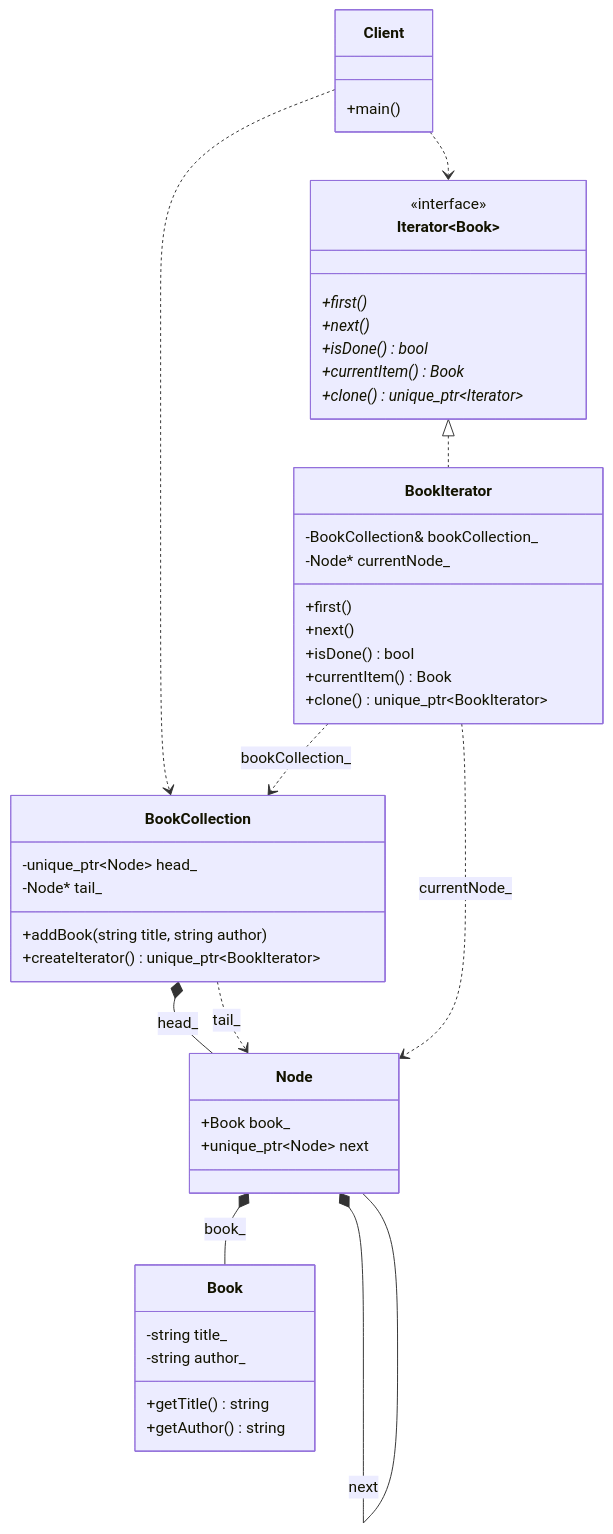
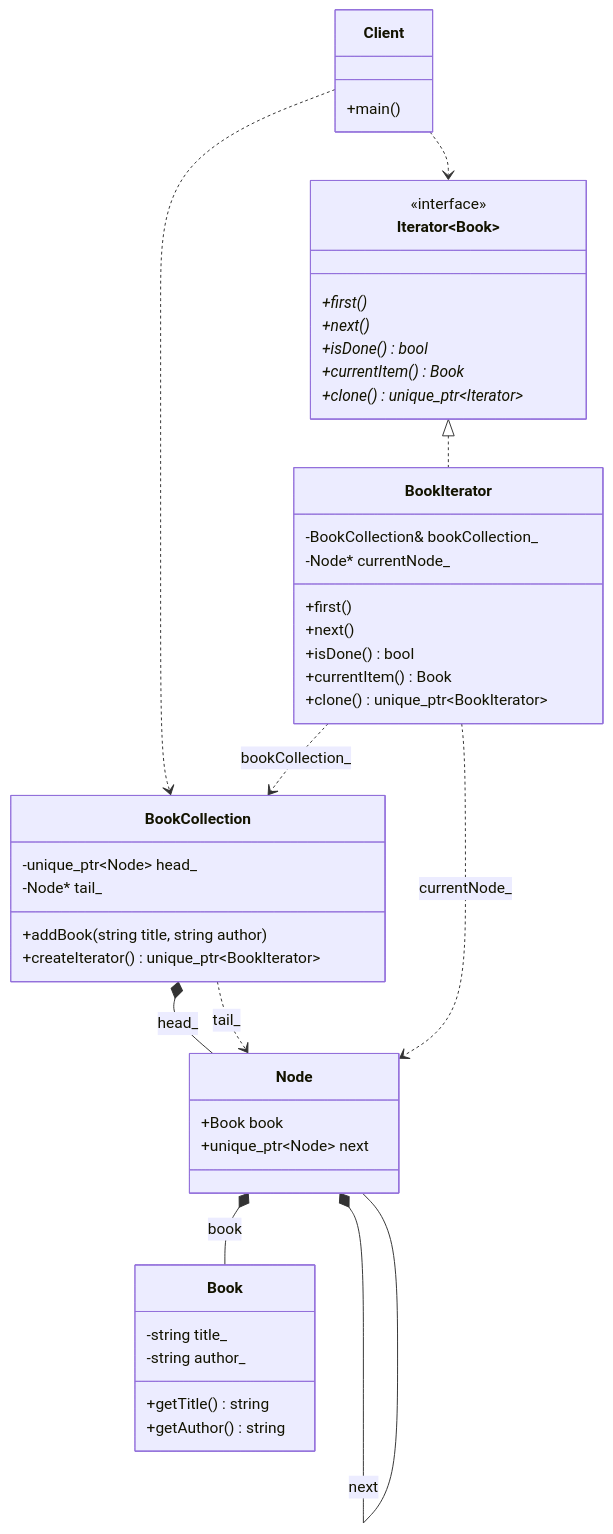
The diagram in 21_Iterator/Iterator_GoF/diagram.md (Cichlidfishexigency721/Modern-CPP-Design-Patterns), drawn with Mermaid before and after one commit. The commit also changed 3 other files, not shown here.

Commit message:
Improvement in UML

````diff
--- a/21_Iterator/Iterator_GoF/diagram.md
+++ b/21_Iterator/Iterator_GoF/diagram.md
@@ -3,57 +3,57 @@
 ```mermaid
 classDiagram
     class Book {
         -string title_
         -string author_
         +getTitle() string
         +getAuthor() string
     }
 
     class Iterator~Book~ {
         <<interface>>
         +first()*
         +next()*
         +isDone()* bool
         +currentItem()* Book
         +clone()* unique_ptr~Iterator~
     }
 
     class Node {
-        +Book book_
+        +Book book
         +unique_ptr~Node~ next
     }
 
     class BookCollection {
         -unique_ptr~Node~ head_
         -Node* tail_
         +addBook(string title, string author)
         +createIterator() unique_ptr~BookIterator~
     }
 
     class BookIterator {
         -BookCollection& bookCollection_
         -Node* currentNode_
         +first()
         +next()
         +isDone() bool
         +currentItem() Book
         +clone() unique_ptr~BookIterator~
     }
 
     class Client {
         +main()
     }
 
     Iterator~Book~ <|.. BookIterator
 
     BookCollection *-- Node : head_
     BookCollection ..> Node : tail_
-    Node *-- Book : book_
+    Node *-- Book : book
     Node *-- Node : next
 
     BookIterator ..> BookCollection : bookCollection_
     BookIterator ..> Node : currentNode_
     
     Client ..> BookCollection
     Client ..> Iterator
 ```
````
